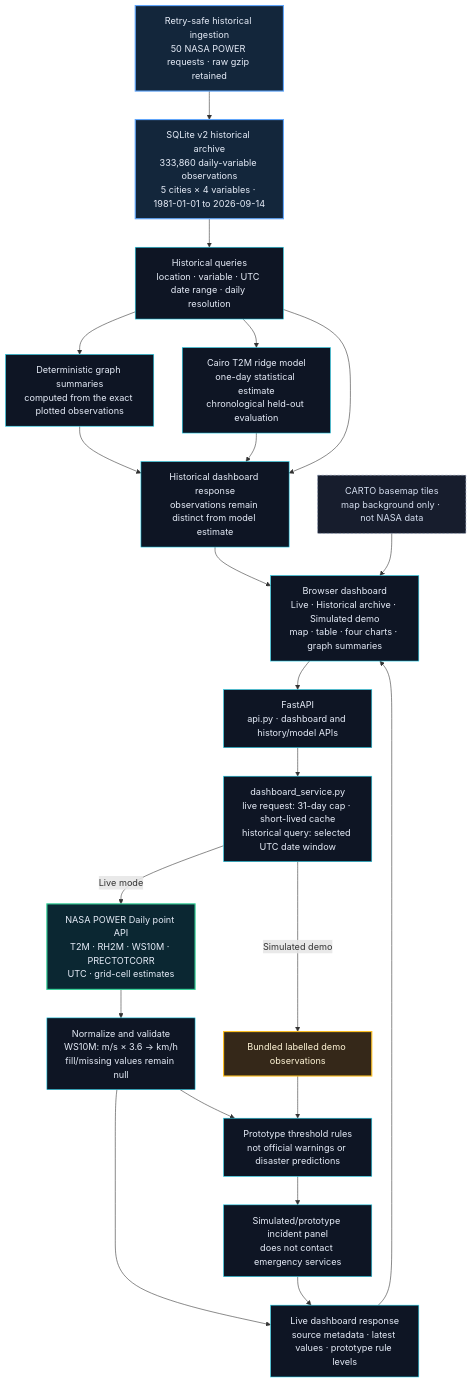
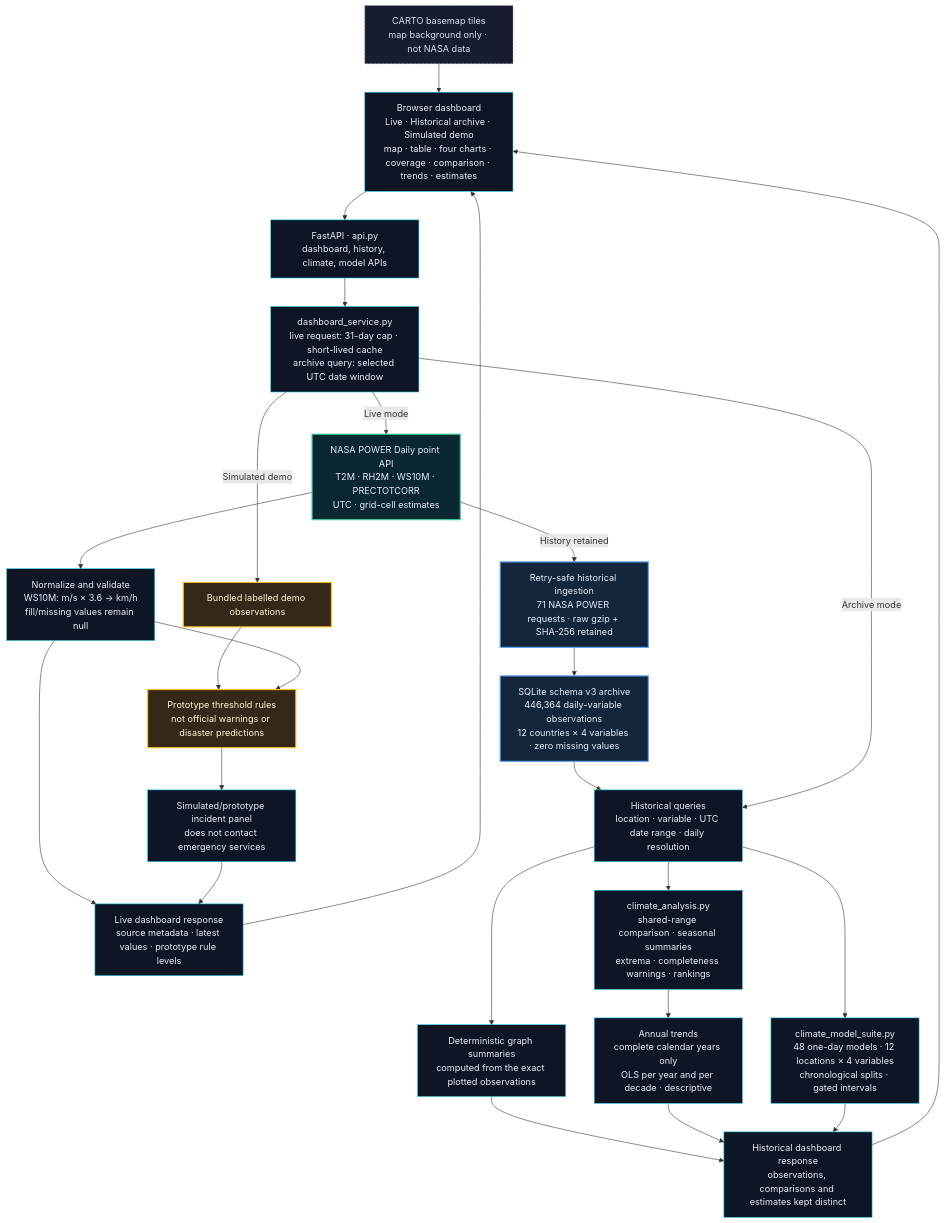
One commit to aliahmed-star/earthscope changed the diagram in submission_deliverables_2026-11-14/assets/earthscope_dataflow.mmd. Above: the diagram before and after it, drawn with Mermaid. The commit also changed 70 other files, not shown here.

Commit message:
Upgrade EARTHSCOPE: climate analysis, model suite, historical archive, submission deliverables

```diff
--- a/submission_deliverables_2026-11-14/assets/earthscope_dataflow.mmd
+++ b/submission_deliverables_2026-11-14/assets/earthscope_dataflow.mmd
@@ -1,35 +1,43 @@
 flowchart TB
-    UI["Browser dashboard<br/>Live · Historical archive · Simulated demo<br/>map · table · four charts · graph summaries"] --> API["FastAPI<br/>api.py · dashboard and history/model APIs"]
-    API --> SVC["dashboard_service.py<br/>live request: 31-day cap · short-lived cache<br/>historical query: selected UTC date window"]
+    UI["Browser dashboard<br/>Live · Historical archive · Simulated demo<br/>map · table · four charts · coverage · comparison · trends · estimates"]
+    API["FastAPI · api.py<br/>dashboard, history, climate, model APIs"]
+    SVC["dashboard_service.py<br/>live request: 31-day cap · short-lived cache<br/>archive query: selected UTC date window"]
+    NASA["NASA POWER Daily point API<br/>T2M · RH2M · WS10M · PRECTOTCORR<br/>UTC · grid-cell estimates"]
+    NORM["Normalize and validate<br/>WS10M: m/s × 3.6 → km/h<br/>fill/missing values remain null"]
+    LIVE["Live dashboard response<br/>source metadata · latest values · prototype rule levels"]
+    DEMO["Bundled labelled demo observations"]
+    RULES["Prototype threshold rules<br/>not official warnings or disaster predictions"]
+    INCIDENTS["Simulated/prototype incident panel<br/>does not contact emergency services"]
+    INGEST["Retry-safe historical ingestion<br/>71 NASA POWER requests · raw gzip + SHA-256 retained"]
+    DB["SQLite schema v3 archive<br/>446,364 daily-variable observations<br/>12 countries × 4 variables · zero missing values"]
+    HIST["Historical queries<br/>location · variable · UTC date range · daily resolution"]
+    SUM["Deterministic graph summaries<br/>computed from the exact plotted observations"]
+    CMP["climate_analysis.py<br/>shared-range comparison · seasonal summaries<br/>extrema · completeness warnings · rankings"]
+    TREND["Annual trends<br/>complete calendar years only<br/>OLS per year and per decade · descriptive"]
+    SUITE["climate_model_suite.py<br/>48 one-day models · 12 locations × 4 variables<br/>chronological splits · gated intervals"]
+    ARCHIVE["Historical dashboard response<br/>observations, comparisons and estimates kept distinct"]
+    CARTO["CARTO basemap tiles<br/>map background only · not NASA data"]
 
-    SVC -->|Live mode| NASA["NASA POWER Daily point API<br/>T2M · RH2M · WS10M · PRECTOTCORR<br/>UTC · grid-cell estimates"]
-    NASA --> NORM["Normalize and validate<br/>WS10M: m/s × 3.6 → km/h<br/>fill/missing values remain null"]
-    NORM --> LIVE["Live dashboard response<br/>source metadata · latest values · prototype rule levels"]
-
-    INGEST["Retry-safe historical ingestion<br/>50 NASA POWER requests · raw gzip retained"] --> DB["SQLite v2 historical archive<br/>333,860 daily-variable observations<br/>5 cities × 4 variables · 1981-01-01 to 2026-09-14"]
-    DB --> HIST["Historical queries<br/>location · variable · UTC date range · daily resolution"]
-    HIST --> SUM["Deterministic graph summaries<br/>computed from the exact plotted observations"]
-    HIST --> MODEL["Cairo T2M ridge model<br/>one-day statistical estimate<br/>chronological held-out evaluation"]
-    HIST --> ARCHIVE["Historical dashboard response<br/>observations remain distinct from model estimate"]
-    SUM --> ARCHIVE
-    MODEL --> ARCHIVE
-
-    SVC -->|Simulated demo| DEMO["Bundled labelled demo observations"]
-    DEMO --> RULES["Prototype threshold rules<br/>not official warnings or disaster predictions"]
-    NORM --> RULES
-    RULES --> INCIDENTS["Simulated/prototype incident panel<br/>does not contact emergency services"]
-    INCIDENTS --> LIVE
-    CARTO["CARTO basemap tiles<br/>map background only · not NASA data"] --> UI
+    UI --> API --> SVC
+    SVC -->|Live mode| NASA --> NORM --> LIVE
+    SVC -->|Simulated demo| DEMO --> RULES
+    NORM --> RULES --> INCIDENTS --> LIVE
+    NASA -->|History retained| INGEST --> DB --> HIST
+    SVC -->|Archive mode| HIST
+    HIST --> SUM --> ARCHIVE
+    HIST --> CMP --> TREND --> ARCHIVE
+    HIST --> SUITE --> ARCHIVE
     LIVE --> UI
     ARCHIVE --> UI
+    CARTO --> UI
 
     classDef app fill:#0E1524,stroke:#22D3EE,color:#E6ECF8,stroke-width:1px;
     classDef nasa fill:#0B2732,stroke:#34D399,color:#E6ECF8,stroke-width:2px;
     classDef demo fill:#352819,stroke:#FBBF24,color:#FFF5D6,stroke-width:2px;
     classDef store fill:#13263B,stroke:#60A5FA,color:#E6ECF8,stroke-width:2px;
     classDef note fill:#171D2D,stroke:#8190AD,color:#D5DEEF,stroke-dasharray:4 3;
-    class UI,API,SVC,NORM,LIVE,HIST,SUM,MODEL,ARCHIVE,RULES,INCIDENTS app;
+    class UI,API,SVC,NORM,LIVE,HIST,SUM,CMP,TREND,SUITE,ARCHIVE,INCIDENTS app;
     class NASA nasa;
-    class DEMO demo;
+    class DEMO,RULES demo;
     class DB,INGEST store;
     class CARTO note;
```
